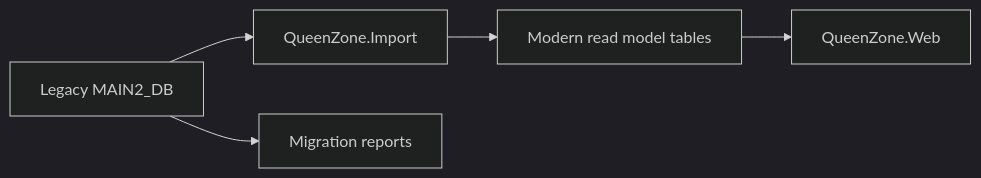
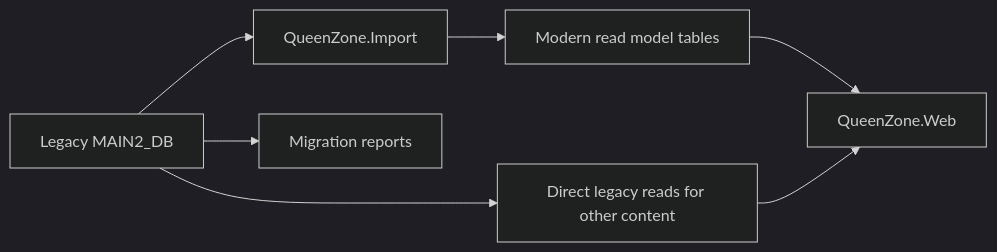
The diagram in docs/architecture/database-evolution-plan.md (richardorchard/QueenZone.Modern), drawn with Mermaid (dark theme) before and after one commit. The commit also changed other lines of this file and 5 other files, not shown here.

````diff
--- a/docs/architecture/database-evolution-plan.md
+++ b/docs/architecture/database-evolution-plan.md
@@ -33,7 +29,9 @@
 ```mermaid
 flowchart LR
   Legacy["Legacy MAIN2_DB"] --> Importer["QueenZone.Import"]
   Importer --> Modern["Modern read model tables"]
   Modern --> Web["QueenZone.Web"]
+  Legacy --> DirectReads["Direct legacy reads for other content"]
+  DirectReads --> Web
   Legacy --> Audit["Migration reports"]
 ```
````
